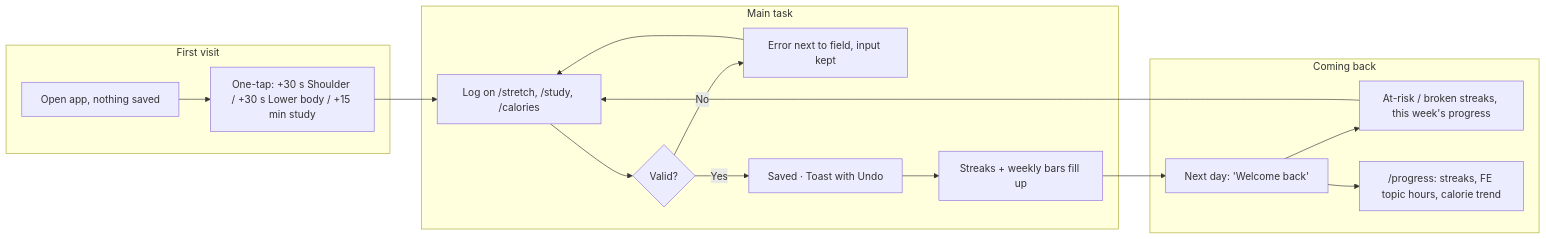
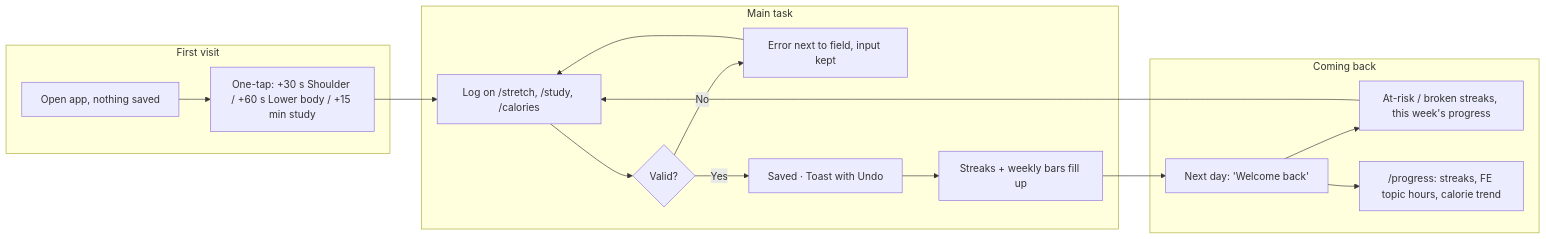
Before and after one commit to phamkd17/DBS-Assignment3: the diagram in README.md, drawn with Mermaid. The commit also changed 2 other files, not shown here.

Commit message:
Default lower-body quick log to 60 s (streak minimum stays 30 s)

````diff
--- a/README.md
+++ b/README.md
@@ -29,19 +29,19 @@
 ```mermaid
 flowchart LR
   subgraph First visit
-    A[Open app, nothing saved] --> B["One-tap: +30 s Shoulder / +30 s Lower body / +15 min study"]
+    A[Open app, nothing saved] --> B["One-tap: +30 s Shoulder / +60 s Lower body / +15 min study"]
   end
   subgraph Main task
     B --> C[Log on /stretch, /study, /calories]
     C --> D{Valid?}
     D -- No --> E["Error next to field, input kept"] --> C
     D -- Yes --> F["Saved · Toast with Undo"]
     F --> G["Streaks + weekly bars fill up"]
   end
   subgraph Coming back
     G --> H["Next day: 'Welcome back'"]
     H --> I["At-risk / broken streaks, this week's progress"]
     I --> C
     H --> J["/progress: streaks, FE topic hours, calorie trend"]
   end
 ```
````
